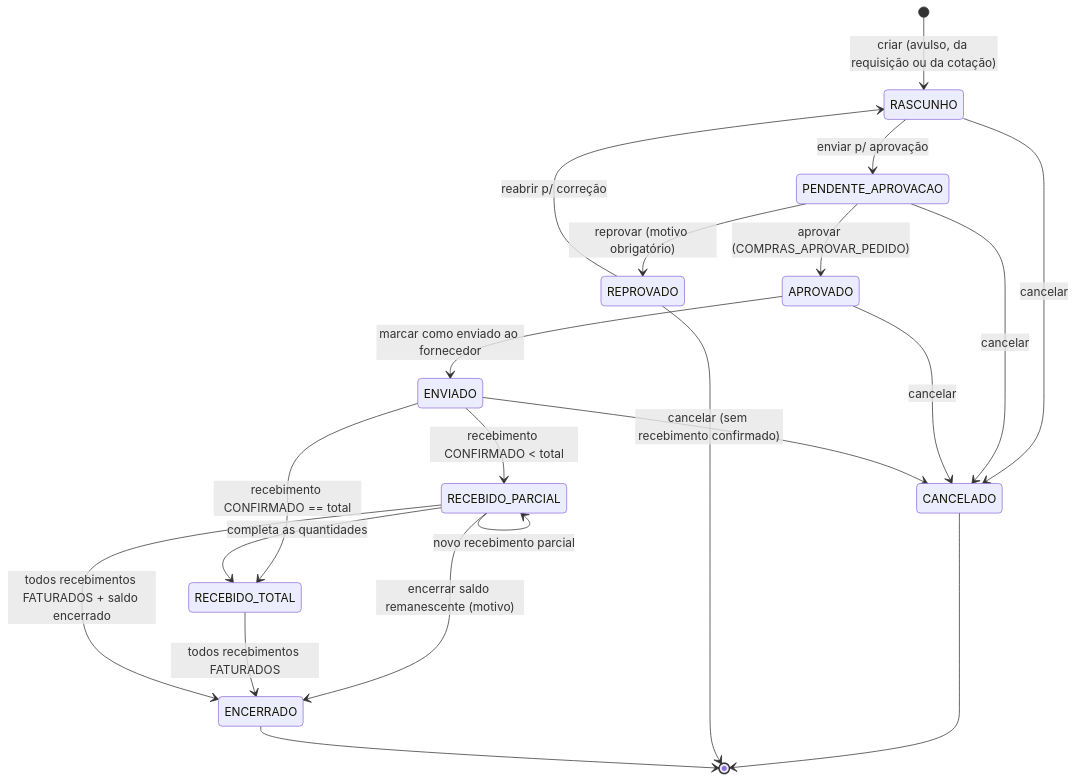
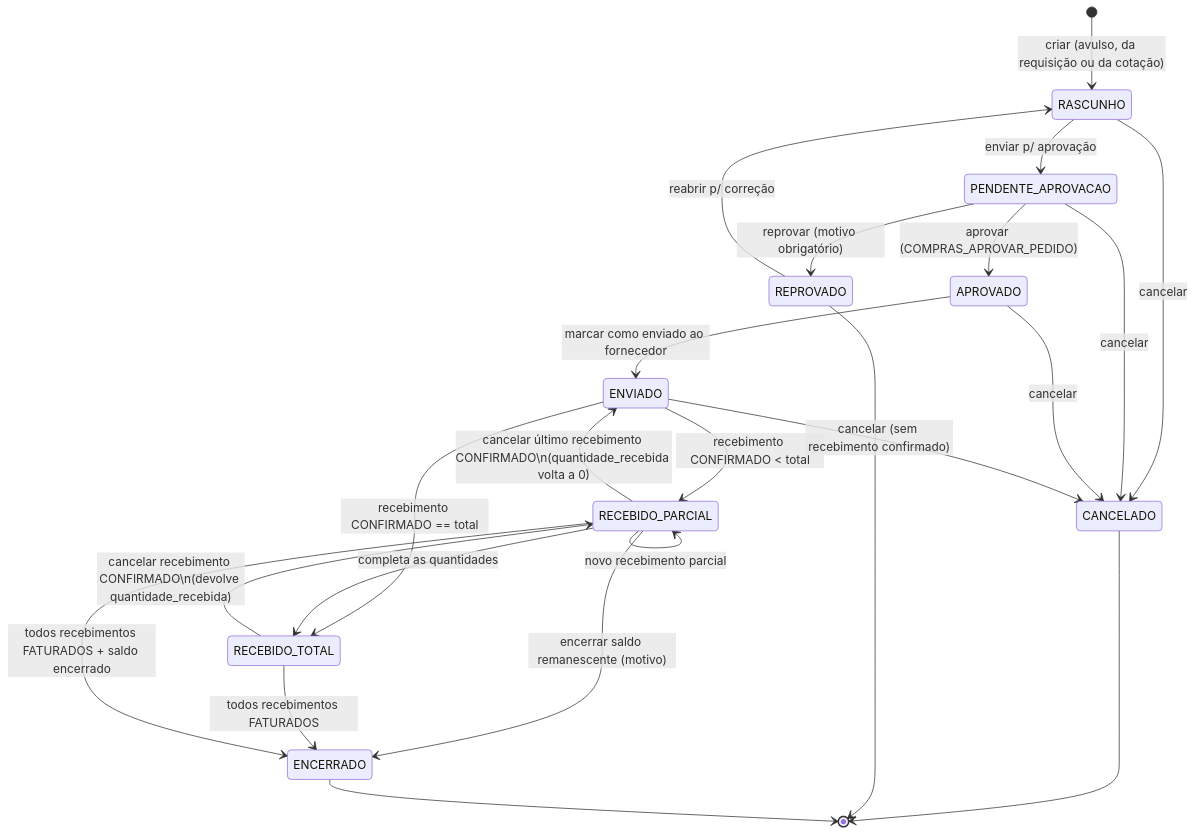
The second of 2 diagrams in spec/p2p-compras.md (looperperp-main/lerp-system), drawn with Mermaid before and after one commit. The commit also changed other lines of this file and 5 other files, not shown here.

````diff
--- a/spec/p2p-compras.md
+++ b/spec/p2p-compras.md
@@ -315,23 +315,25 @@
 ```mermaid
 stateDiagram-v2
     [*] --> RASCUNHO : criar (avulso, da requisição ou da cotação)
     RASCUNHO --> PENDENTE_APROVACAO : enviar p/ aprovação
     RASCUNHO --> CANCELADO : cancelar
     PENDENTE_APROVACAO --> APROVADO : aprovar (COMPRAS_APROVAR_PEDIDO)
     PENDENTE_APROVACAO --> REPROVADO : reprovar (motivo obrigatório)
     PENDENTE_APROVACAO --> CANCELADO : cancelar
     REPROVADO --> RASCUNHO : reabrir p/ correção
     APROVADO --> ENVIADO : marcar como enviado ao fornecedor
     APROVADO --> CANCELADO : cancelar
     ENVIADO --> RECEBIDO_PARCIAL : recebimento CONFIRMADO < total
     ENVIADO --> RECEBIDO_TOTAL : recebimento CONFIRMADO == total
     ENVIADO --> CANCELADO : cancelar (sem recebimento confirmado)
     RECEBIDO_PARCIAL --> RECEBIDO_PARCIAL : novo recebimento parcial
     RECEBIDO_PARCIAL --> RECEBIDO_TOTAL : completa as quantidades
+    RECEBIDO_TOTAL --> RECEBIDO_PARCIAL : cancelar recebimento CONFIRMADO\n(devolve quantidade_recebida)
+    RECEBIDO_PARCIAL --> ENVIADO : cancelar último recebimento CONFIRMADO\n(quantidade_recebida volta a 0)
     RECEBIDO_PARCIAL --> ENCERRADO : encerrar saldo remanescente (motivo)
     RECEBIDO_TOTAL --> ENCERRADO : todos recebimentos FATURADOS
     RECEBIDO_PARCIAL --> ENCERRADO : todos recebimentos FATURADOS + saldo encerrado
     CANCELADO --> [*]
     REPROVADO --> [*]
     ENCERRADO --> [*]
 ```
````
